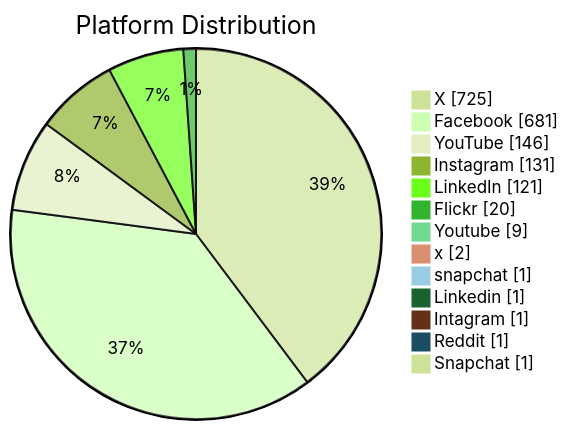
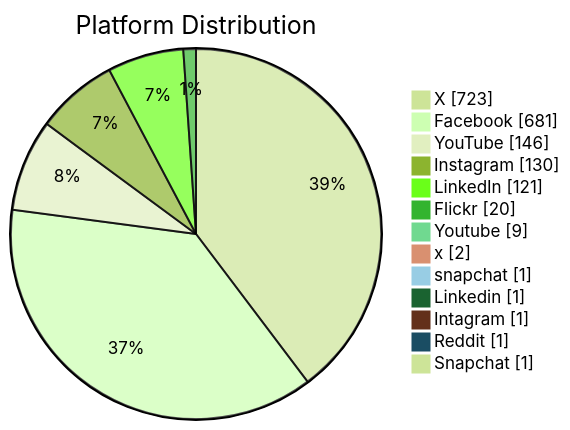
One commit to PatLittle/GC-Socials changed the second of 6 diagrams in README.md. Above: the diagram before and after it, drawn with Mermaid (forest theme). The commit also changed other lines of this file, not shown here.

Commit message:
Update README with Platform Distribution pie chart

````diff
--- a/README.md
+++ b/README.md
@@ -46,16 +46,16 @@
 ```mermaid
 pie showData title Platform Distribution
-    "X": 725
+    "X": 723
     "Facebook": 681
     "YouTube": 146
-    "Instagram": 131
+    "Instagram": 130
     "LinkedIn": 121
     "Flickr": 20
     "Youtube": 9
     "x": 2
     "snapchat": 1
     "Linkedin": 1
     "Intagram": 1
     "Reddit": 1
     "Snapchat": 1
 ```
````
